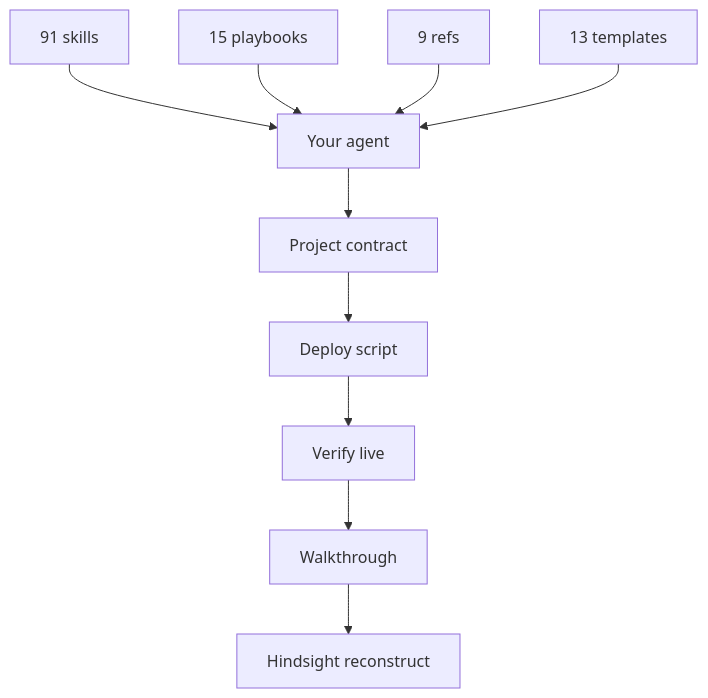
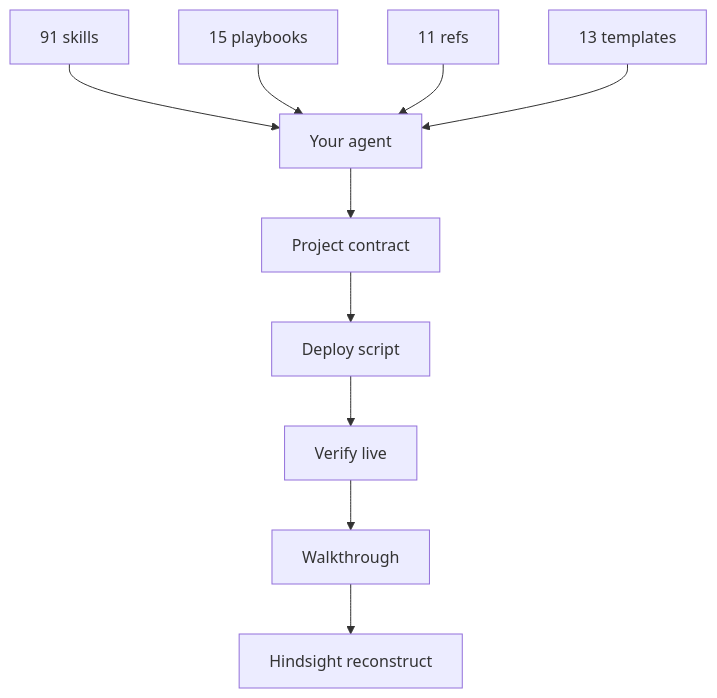
The third of 3 diagrams in README.md (Nonarkara/dr-non-vibecoding-skills), drawn with Mermaid before and after one commit. The commit also changed other lines of this file and 4 other files, not shown here.

````diff
--- a/README.md
+++ b/README.md
@@ -362,12 +362,12 @@
 ```mermaid
 flowchart TB
   S["91 skills"] --> A["Your agent"]
   P["15 playbooks"] --> A
-  R["9 refs"] --> A
+  R["11 refs"] --> A
   T["13 templates"] --> A
   A --> W["Project contract"]
   W --> D["Deploy script"]
   D --> V["Verify live"]
   V --> H["Walkthrough"]
   H --> L["Hindsight reconstruct"]
 ```
````
